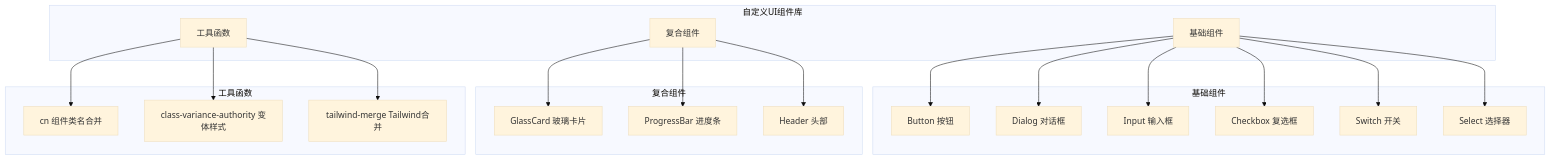
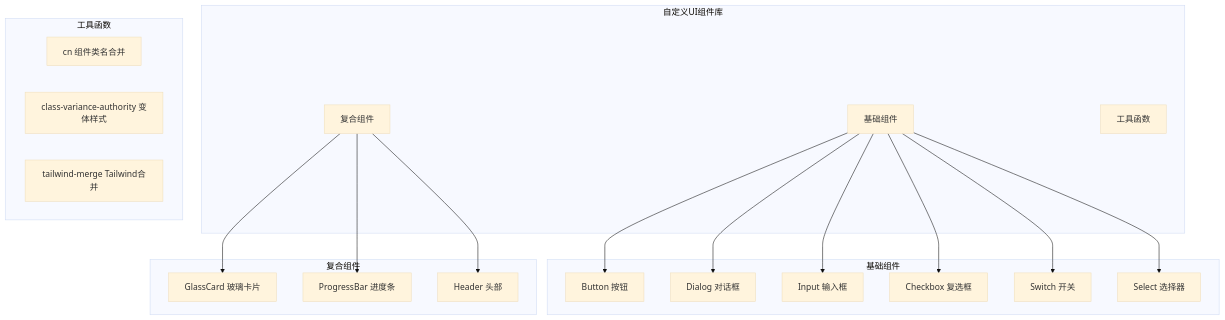
The seventh of 8 diagrams in .qoder/repowiki/zh/content/开发者指南/设置向导系统.md (verse-ai-org/openclaw), drawn with Mermaid (base theme) before and after one commit. The commit also changed other lines of this file and 34 other files, not shown here.

````diff
--- a/.qoder/repowiki/zh/content/开发者指南/设置向导系统.md
+++ b/.qoder/repowiki/zh/content/开发者指南/设置向导系统.md
@@ -318,38 +352,35 @@
 ```mermaid
 graph TB
 subgraph "自定义UI组件库"
 A[基础组件]
 B[复合组件]
 C[工具函数]
 end
 subgraph "基础组件"
 A1[Button 按钮]
 A2[Dialog 对话框]
 A3[Input 输入框]
 A4[Checkbox 复选框]
 A5[Switch 开关]
 A6[Select 选择器]
 end
 subgraph "复合组件"
 B1[GlassCard 玻璃卡片]
 B2[ProgressBar 进度条]
 B3[Header 头部]
 end
 subgraph "工具函数"
 C1[cn 组件类名合并]
 C2[class-variance-authority 变体样式]
 C3[tailwind-merge Tailwind合并]
 end
 A --> A1
 A --> A2
 A --> A3
 A --> A4
 A --> A5
 A --> A6
 B --> B1
 B --> B2
 B --> B3
-C --> C1
-C --> C2
-C --> C3
 ```
````
